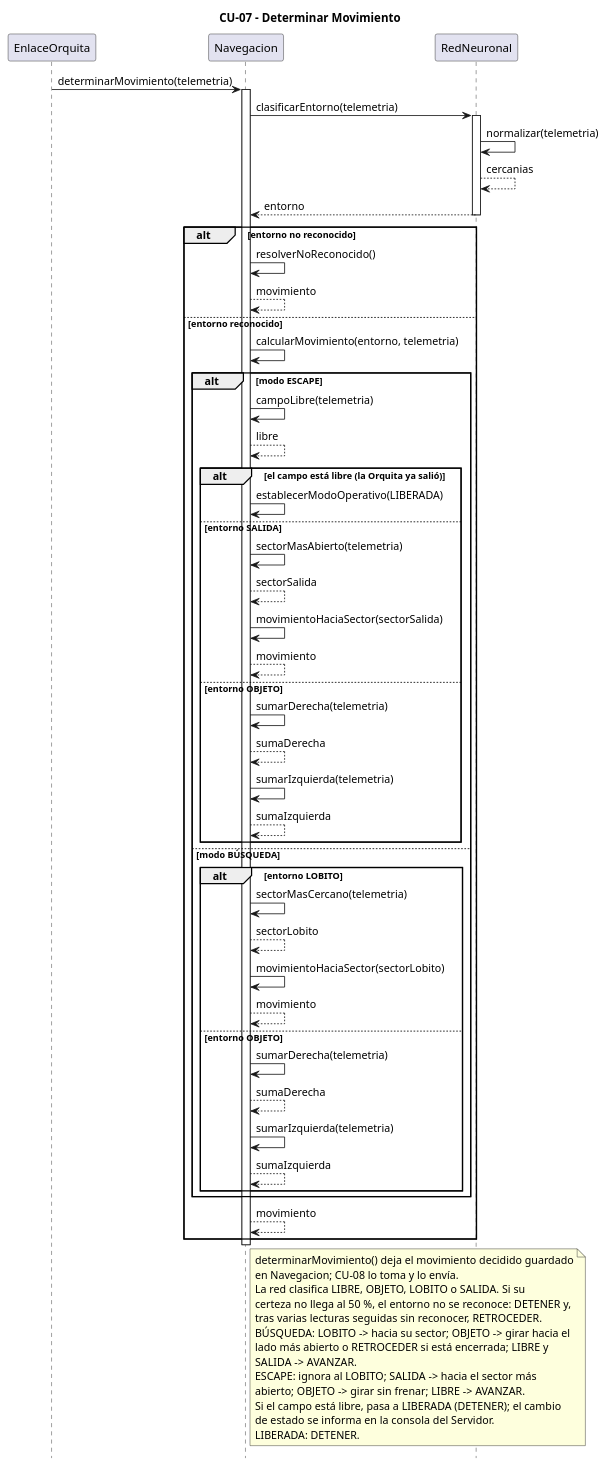
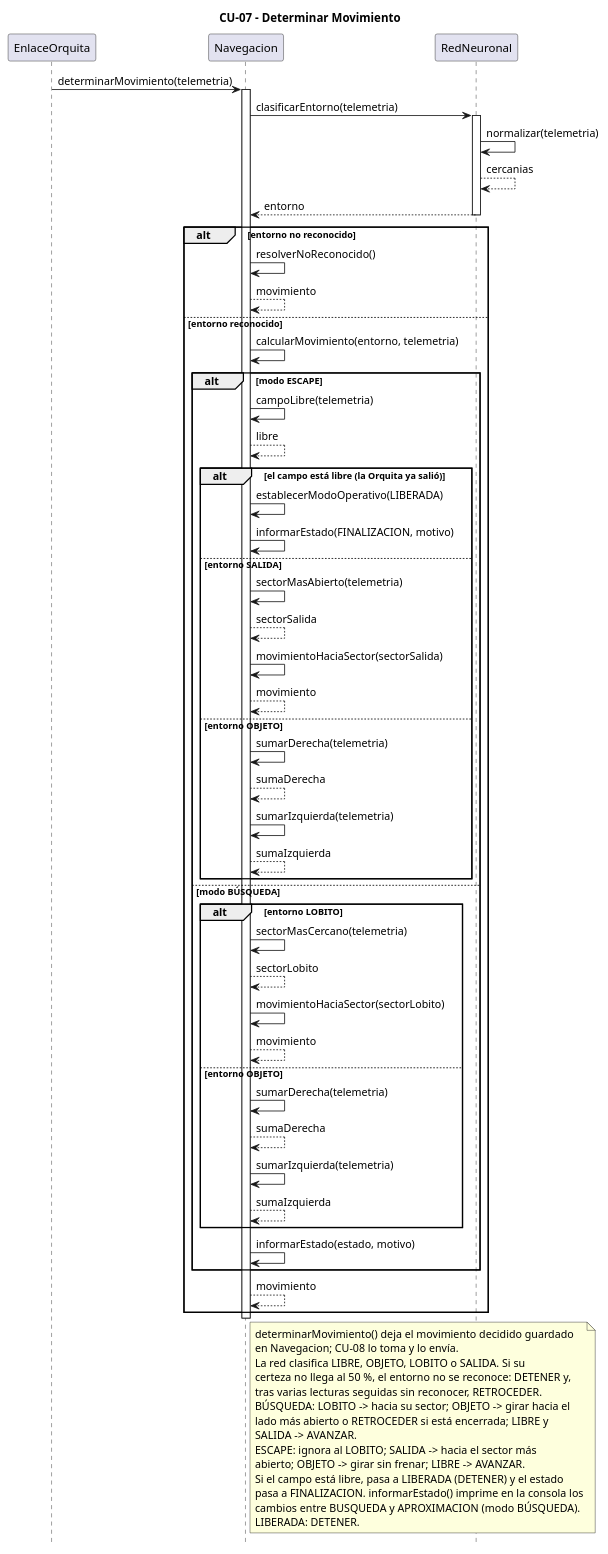
One commit to lautaro-geli/sistema-orquita changed the second of 7 diagrams in docs/diseno/Orquitas_Vistas_Secuencia_Modulo_Servidor_v5.puml. Above: the diagram before and after it, drawn with PlantUML. The commit also changed other lines of this file and 7 other files, not shown here.

First line of the commit message:
feat: enum EstadoOrquita con los 6 estados del Diagrama de Estados

```diff
--- a/docs/diseno/Orquitas_Vistas_Secuencia_Modulo_Servidor_v5.puml
+++ b/docs/diseno/Orquitas_Vistas_Secuencia_Modulo_Servidor_v5.puml
@@ -53,81 +54,84 @@
 @startuml CU07_DeterminarMovimiento
 title CU-07 - Determinar Movimiento
 hide footbox
 
 participant EnlaceOrquita
 participant Navegacion
 participant RedNeuronal
 
 EnlaceOrquita -> Navegacion : determinarMovimiento(telemetria)
 activate Navegacion
 
 Navegacion -> RedNeuronal : clasificarEntorno(telemetria)
 activate RedNeuronal
 RedNeuronal -> RedNeuronal : normalizar(telemetria)
 RedNeuronal --> RedNeuronal : cercanias
 RedNeuronal --> Navegacion : entorno
 deactivate RedNeuronal
 
 alt entorno no reconocido
     Navegacion -> Navegacion : resolverNoReconocido()
     Navegacion --> Navegacion : movimiento
 
 else entorno reconocido
     Navegacion -> Navegacion : calcularMovimiento(entorno, telemetria)
 
     alt modo ESCAPE
         Navegacion -> Navegacion : campoLibre(telemetria)
         Navegacion --> Navegacion : libre
 
         alt el campo está libre (la Orquita ya salió)
             Navegacion -> Navegacion : establecerModoOperativo(LIBERADA)
+            Navegacion -> Navegacion : informarEstado(FINALIZACION, motivo)
 
         else entorno SALIDA
             Navegacion -> Navegacion : sectorMasAbierto(telemetria)
             Navegacion --> Navegacion : sectorSalida
             Navegacion -> Navegacion : movimientoHaciaSector(sectorSalida)
             Navegacion --> Navegacion : movimiento
 
         else entorno OBJETO
             Navegacion -> Navegacion : sumarDerecha(telemetria)
             Navegacion --> Navegacion : sumaDerecha
             Navegacion -> Navegacion : sumarIzquierda(telemetria)
             Navegacion --> Navegacion : sumaIzquierda
         end
 
     else modo BÚSQUEDA
         alt entorno LOBITO
             Navegacion -> Navegacion : sectorMasCercano(telemetria)
             Navegacion --> Navegacion : sectorLobito
             Navegacion -> Navegacion : movimientoHaciaSector(sectorLobito)
             Navegacion --> Navegacion : movimiento
 
         else entorno OBJETO
             Navegacion -> Navegacion : sumarDerecha(telemetria)
             Navegacion --> Navegacion : sumaDerecha
             Navegacion -> Navegacion : sumarIzquierda(telemetria)
             Navegacion --> Navegacion : sumaIzquierda
         end
+        Navegacion -> Navegacion : informarEstado(estado, motivo)
     end
 
     Navegacion --> Navegacion : movimiento
 end
 
 deactivate Navegacion
 
 note right of Navegacion
   determinarMovimiento() deja el movimiento decidido guardado
   en Navegacion; CU-08 lo toma y lo envía.
   La red clasifica LIBRE, OBJETO, LOBITO o SALIDA. Si su
   certeza no llega al 50 %, el entorno no se reconoce: DETENER y,
   tras varias lecturas seguidas sin reconocer, RETROCEDER.
   BÚSQUEDA: LOBITO -> hacia su sector; OBJETO -> girar hacia el
   lado más abierto o RETROCEDER si está encerrada; LIBRE y
   SALIDA -> AVANZAR.
   ESCAPE: ignora al LOBITO; SALIDA -> hacia el sector más
   abierto; OBJETO -> girar sin frenar; LIBRE -> AVANZAR.
-  Si el campo está libre, pasa a LIBERADA (DETENER); el cambio
-  de estado se informa en la consola del Servidor.
+  Si el campo está libre, pasa a LIBERADA (DETENER) y el estado
+  pasa a FINALIZACION. informarEstado() imprime en la consola los
+  cambios entre BUSQUEDA y APROXIMACION (modo BÚSQUEDA).
   LIBERADA: DETENER.
 end note
 @enduml
```
